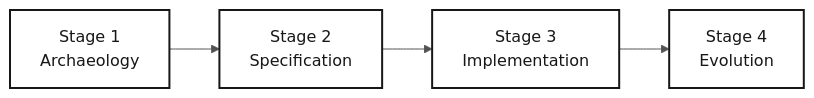
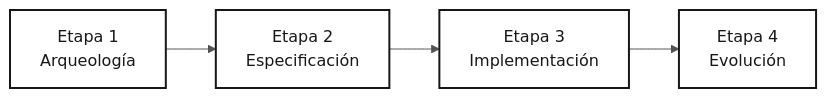
The diagram in 05-personas/10-tech-writer/PERSONA.md (paulasilvatech/datacorp-sifap-team-kit-pt-br), drawn with Mermaid before and after one commit. The commit also changed other lines of this file and 386 other files, not shown here.

````diff
--- a/05-personas/10-tech-writer/PERSONA.md
+++ b/05-personas/10-tech-writer/PERSONA.md
@@ -30,9 +30,9 @@
 ```mermaid
 %%{init: {'theme':'neutral','themeVariables':{'fontFamily':'ui-sans-serif, system-ui, sans-serif','primaryColor':'#F5F5F5','primaryTextColor':'#171717','primaryBorderColor':'#171717','lineColor':'#525252','secondaryColor':'#FFFFFF','tertiaryColor':'#FAFAFA','background':'#FFFFFF'}}}%%
 flowchart LR
     classDef step fill:#F5F5F5,stroke:#171717,color:#171717
     classDef active fill:#FFFFFF,stroke:#171717,color:#171717,stroke-width:2px
-    S1["Stage 1<br/>Archaeology"]:::active --> S2["Stage 2<br/>Specification"]:::active
-    S2 --> S3["Stage 3<br/>Implementation"]:::active
-    S3 --> S4["Stage 4<br/>Evolution"]:::active
+    S1["Etapa 1<br/>Arqueología"]:::active --> S2["Etapa 2<br/>Especificación"]:::active
+    S2 --> S3["Etapa 3<br/>Implementación"]:::active
+    S3 --> S4["Etapa 4<br/>Evolución"]:::active
 ```
````
